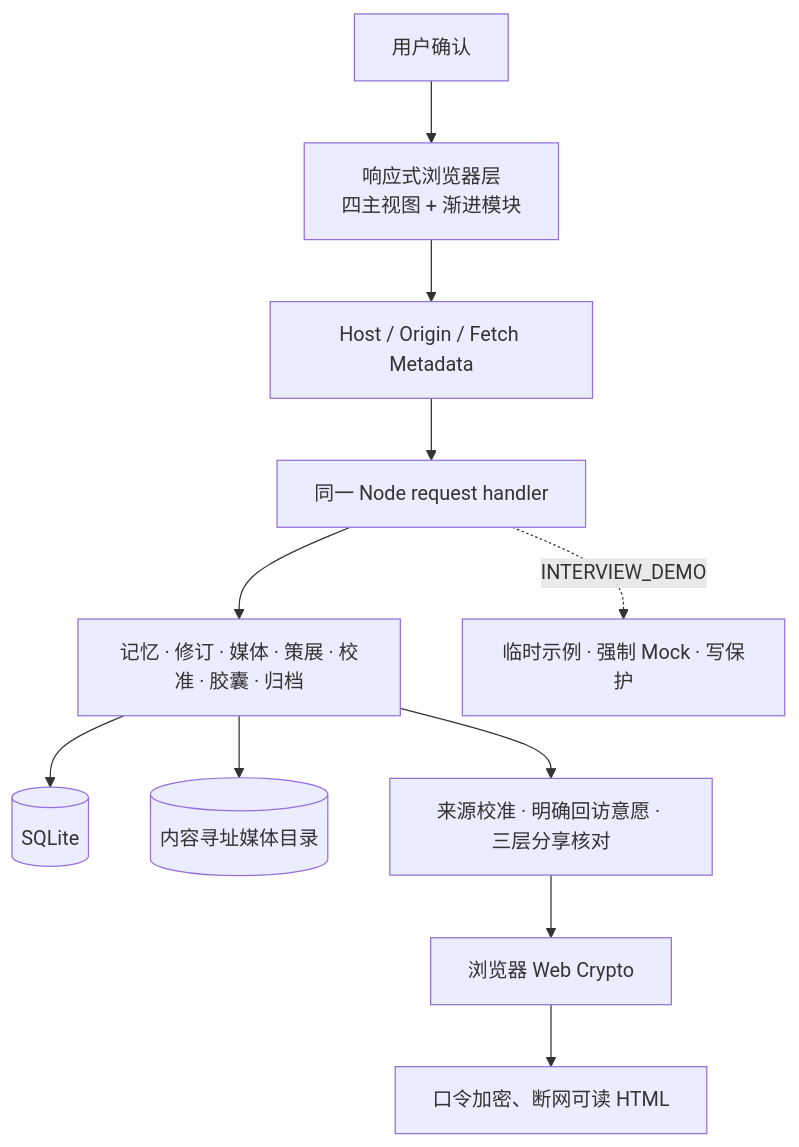
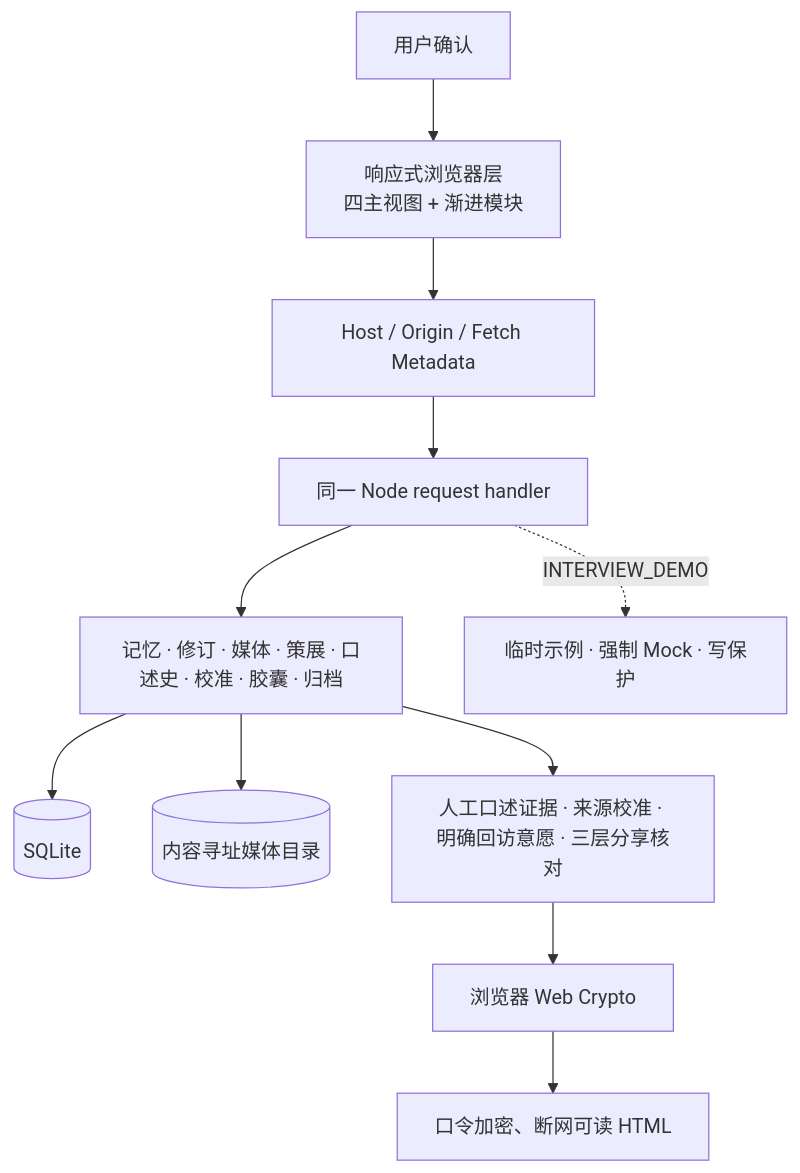
The diagram in README.md (JieE-212/AI_memory_museum), drawn with Mermaid before and after one commit. The commit also changed other lines of this file and 51 other files, not shown here.

````diff
--- a/README.md
+++ b/README.md
@@ -53,13 +54,13 @@
 ```mermaid
 flowchart TB
   U["用户确认"] --> B["响应式浏览器层<br/>四主视图 + 渐进模块"]
   B --> S["Host / Origin / Fetch Metadata"]
   S --> H["同一 Node request handler"]
-  H --> D["记忆 · 修订 · 媒体 · 策展 · 校准 · 胶囊 · 归档"]
+  H --> D["记忆 · 修订 · 媒体 · 策展 · 口述史 · 校准 · 胶囊 · 归档"]
   D --> DB[("SQLite")]
   D --> FS[("内容寻址媒体目录")]
-  D --> G["来源校准 · 明确回访意愿 · 三层分享核对"]
+  D --> G["人工口述证据 · 来源校准 · 明确回访意愿 · 三层分享核对"]
   G --> C["浏览器 Web Crypto"]
   C --> O["口令加密、断网可读 HTML"]
   H -. "INTERVIEW_DEMO" .-> X["临时示例 · 强制 Mock · 写保护"]
 ```
````
